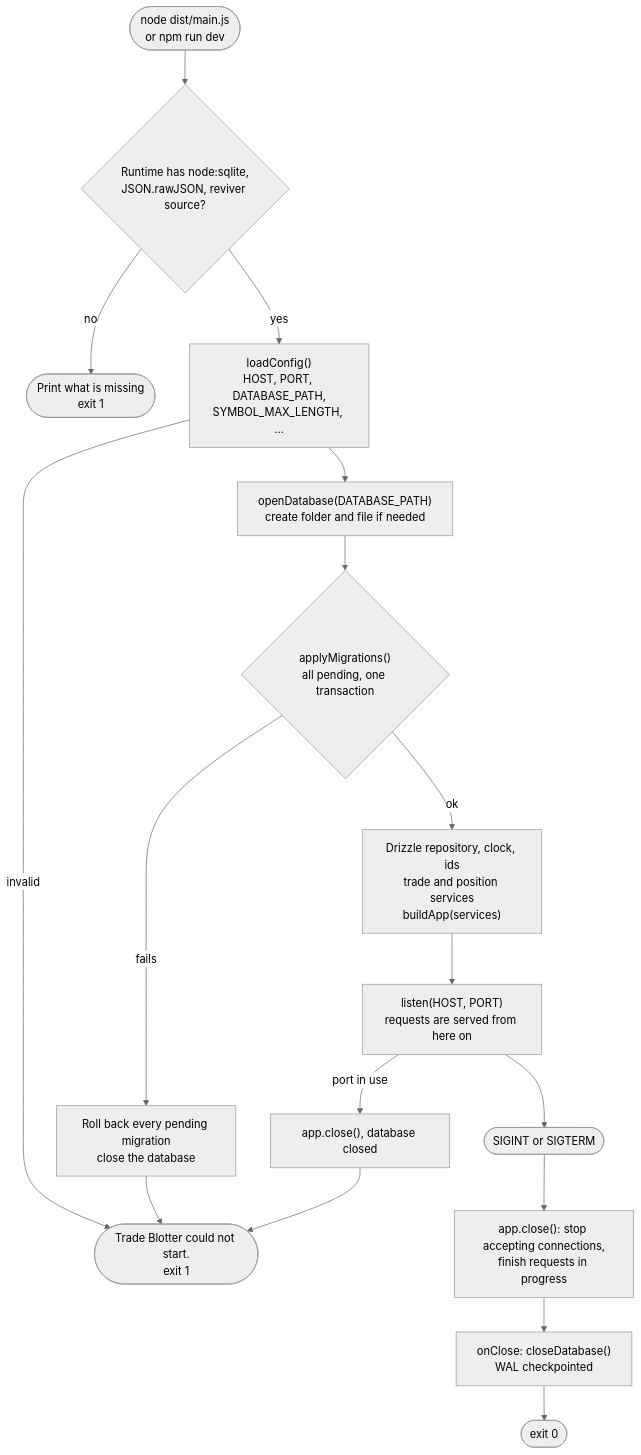
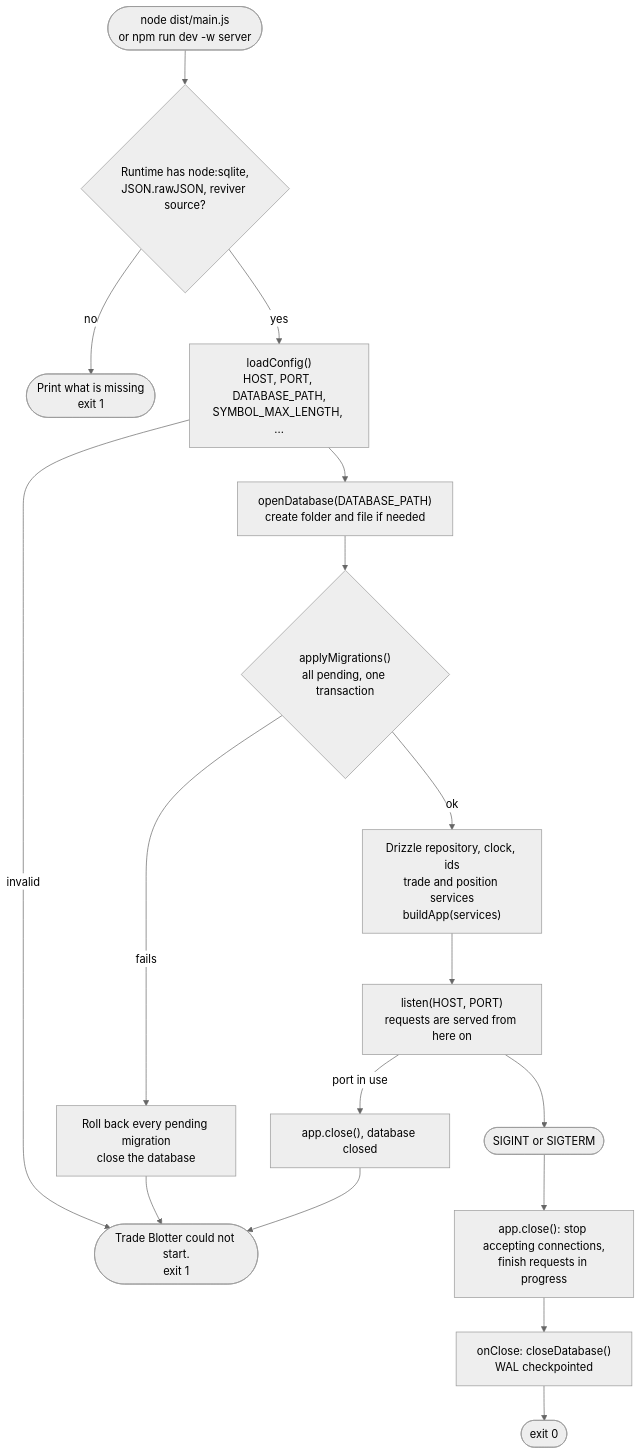
Before and after one commit to cs973112/trade-blotter-ts: the second of 7 diagrams in docs/architecture.md, drawn with Mermaid (neutral theme). The commit also changed other lines of this file and 153 other files, not shown here.

````diff
--- a/docs/architecture.md
+++ b/docs/architecture.md
@@ -350,18 +361,18 @@
 ```mermaid
 flowchart TB
-    START(["node dist/main.js<br/>or npm run dev"]) --> CHECK{"Runtime has node:sqlite,<br/>JSON.rawJSON, reviver source?"}
+    START(["node dist/main.js<br/>or npm run dev -w server"]) --> CHECK{"Runtime has node:sqlite,<br/>JSON.rawJSON, reviver source?"}
     CHECK -- no --> EXIT1(["Print what is missing<br/>exit 1"])
     CHECK -- yes --> CONFIG["loadConfig()<br/>HOST, PORT, DATABASE_PATH,<br/>SYMBOL_MAX_LENGTH, ..."]
     CONFIG -- invalid --> EXIT2(["Trade Blotter could not start.<br/>exit 1"])
     CONFIG --> OPEN["openDatabase(DATABASE_PATH)<br/>create folder and file if needed"]
     OPEN --> MIGRATE{"applyMigrations()<br/>all pending, one transaction"}
     MIGRATE -- fails --> ROLLBACK["Roll back every pending migration<br/>close the database"]
     ROLLBACK --> EXIT2
     MIGRATE -- ok --> BUILD["Drizzle repository, clock, ids<br/>trade and position services<br/>buildApp(services)"]
     BUILD --> LISTEN["listen(HOST, PORT)<br/>requests are served from here on"]
     LISTEN -- port in use --> CLOSE1["app.close(), database closed"] --> EXIT2
     LISTEN --> SIGNAL(["SIGINT or SIGTERM"])
     SIGNAL --> DRAIN["app.close(): stop accepting connections,<br/>finish requests in progress"]
     DRAIN --> CLOSEDB["onClose: closeDatabase()<br/>WAL checkpointed"]
     CLOSEDB --> EXIT0(["exit 0"])
 ```
````
